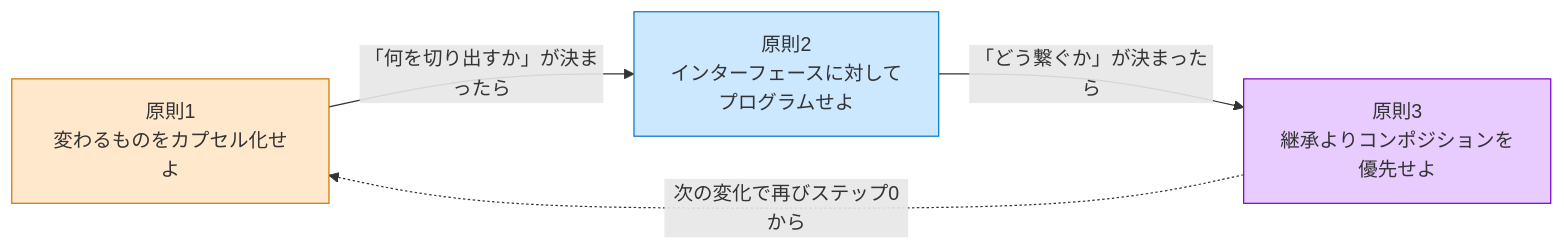
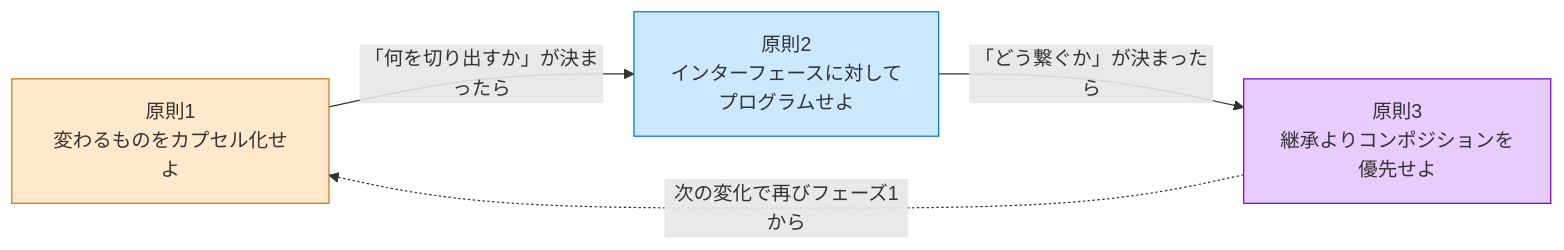
One commit to kumachan1101-pixel/DesignPattern changed the seventh of 7 diagrams in kindle/design-patterns/output/chapter00_1.md. Above: the diagram before and after it, drawn with Mermaid. The commit also changed other lines of this file and 2 other files, not shown here.

````diff
--- a/kindle/design-patterns/output/chapter00_1.md
+++ b/kindle/design-patterns/output/chapter00_1.md
@@ -942,14 +942,14 @@
 ```mermaid
 graph LR
     P1["原則1<br>変わるものをカプセル化せよ"]
     P2["原則2<br>インターフェースに対して<br>プログラムせよ"]
     P3["原則3<br>継承よりコンポジションを<br>優先せよ"]
 
     P1 -->|「何を切り出すか」が決まったら| P2
     P2 -->|「どう繋ぐか」が決まったら| P3
-    P3 -.->|次の変化で再びステップ0から| P1
+    P3 -.->|次の変化で再びフェーズ1から| P1
 
     style P1 fill:#ffe8cc,stroke:#cc7700
     style P2 fill:#cce8ff,stroke:#0077cc
     style P3 fill:#e8ccff,stroke:#7700cc
 ```
````
